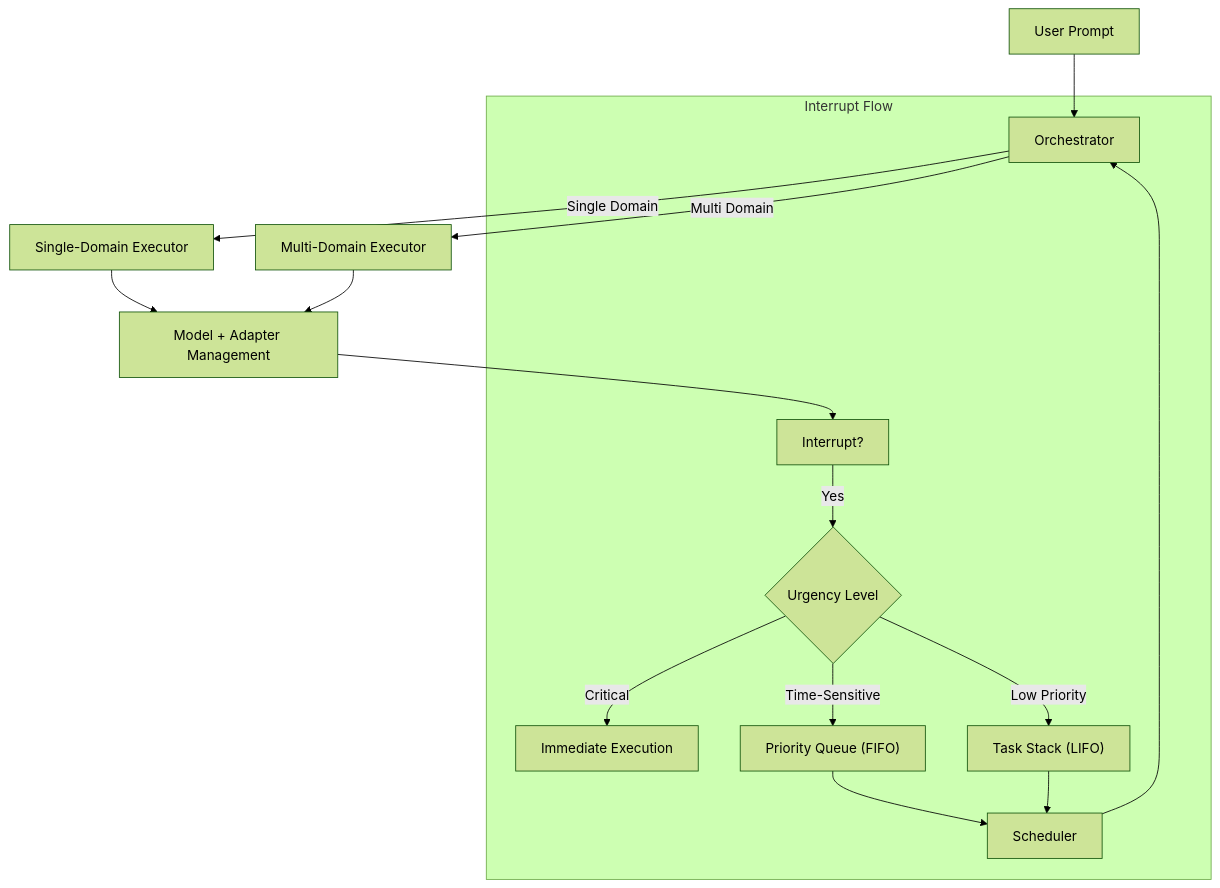
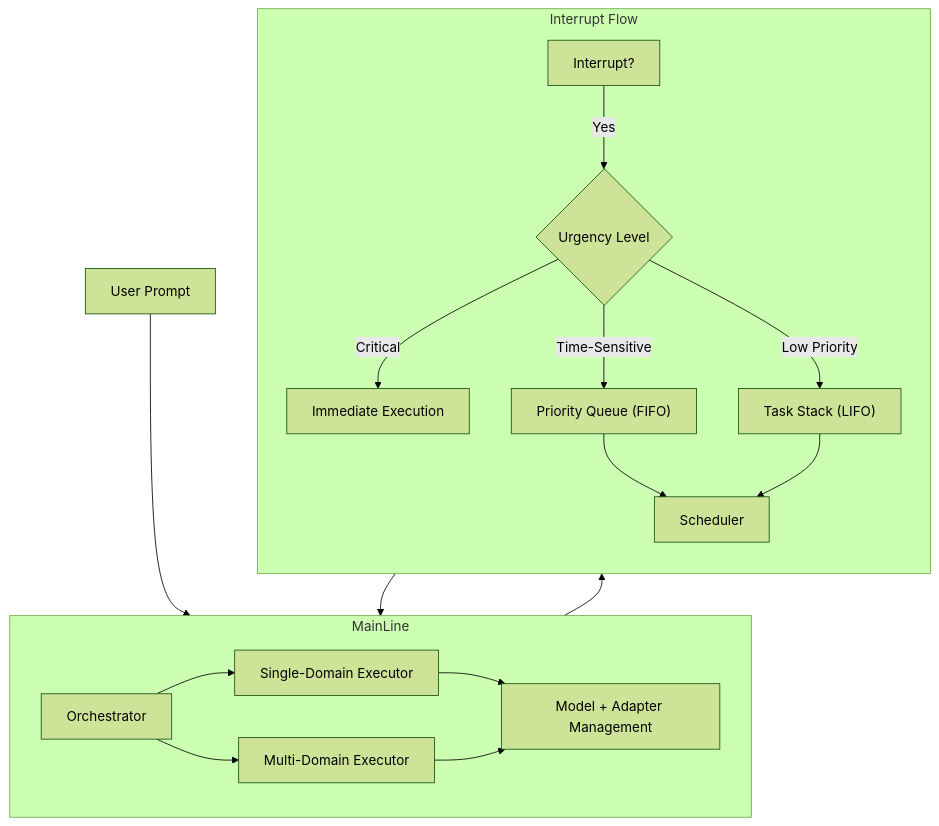
The diagram in Architecture_Diagrams/SimpleArchitecture/Overview.md (DarrinOBrien/MAMA---ASDRP), drawn with Mermaid (forest theme) before and after one commit.

Commit message:
top-down layout for Overview Architecture with wrapped main branch nodes inside a subgraph MainLine. Increased readibility of overview architecture

````diff
--- a/Architecture_Diagrams/SimpleArchitecture/Overview.md
+++ b/Architecture_Diagrams/SimpleArchitecture/Overview.md
@@ -3,21 +3,29 @@
 ```mermaid
 flowchart TD
+    %% Main flow
     A[User Prompt] --> B[Orchestrator]
-    B --> |Single Domain| C[Single-Domain Executor]
-    B --> |Multi Domain| D[Multi-Domain Executor]
-    C --> E[Model + Adapter Management]
-    D --> E
 
-    %% Interruption Handling Highlight
+    %% Invisible nodes for alignment
+    subgraph MainLine
+        direction LR
+        B --> C[Single-Domain Executor]
+        B --> D[Multi-Domain Executor]
+        C --> E[Model + Adapter Management]
+        D --> E
+    end
+
+    %% Interrupt check below Model Management
     E --> F[Interrupt?]
 
-    subgraph Interrupt Flow
+    %% Interrupt Flow starts here only
+    subgraph Interrupt_Flow["Interrupt Flow"]
+        direction TB
         F --> |Yes| G{Urgency Level}
         G --> |Critical| H[Immediate Execution]
         G --> |Time-Sensitive| I["Priority Queue (FIFO)"]
         G --> |Low Priority| J["Task Stack (LIFO)"]
         I --> K[Scheduler]
         J --> K
         K --> B
     end
 ```
````
